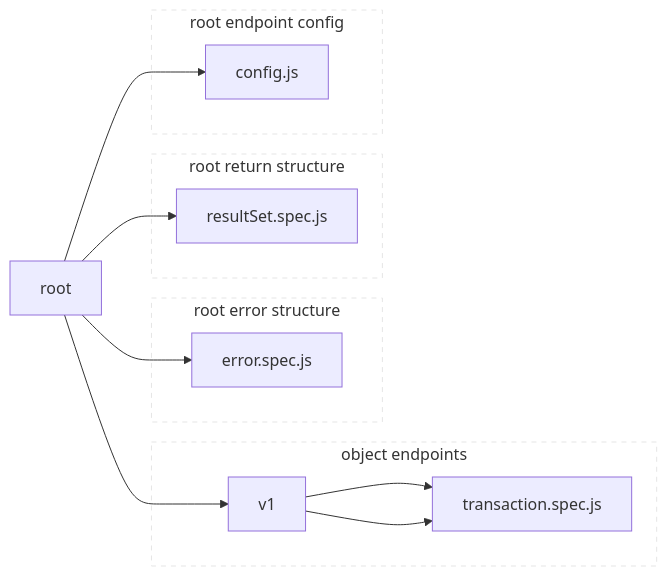
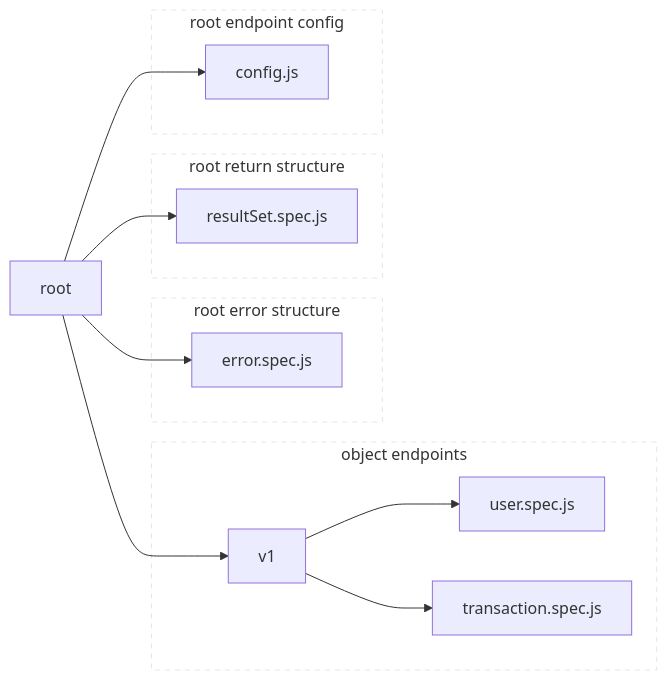
One commit to khrome/perigress changed the diagram in README.md. Above: the diagram before and after it, drawn with Mermaid.

````diff
--- a/README.md
+++ b/README.md
@@ -17,27 +17,27 @@
 ```mermaid
 graph LR
     root[root] --> 1[config.js]
     root --> 2[resultSet.spec.js]
     root --> 3[error.spec.js]
     root --> 4[v1]
     subgraph 4g[object endpoints]
         4 --> 21[user.spec.js]
-        4 --> 21[transaction.spec.js]
+        4 --> 22[transaction.spec.js]
     end
     subgraph 1g[root endpoint config]
         1
     end
     subgraph 2g[root return structure]
         2
     end
     subgraph 3g[root error structure]
         3
     end
 
 linkStyle 0,1,2,3,4 stroke-width:1px;
 
 style 1g fill:transparent, stroke:#E5E5E5, stroke-width: 1px, stroke-dasharray:5;
 style 2g fill:transparent, stroke:#E5E5E5, stroke-width: 1px, stroke-dasharray:5;
 style 3g fill:transparent, stroke:#E5E5E5, stroke-width: 1px, stroke-dasharray:5;
 style 4g fill:transparent, stroke:#E5E5E5, stroke-width: 1px, stroke-dasharray:5;
 ```
````
